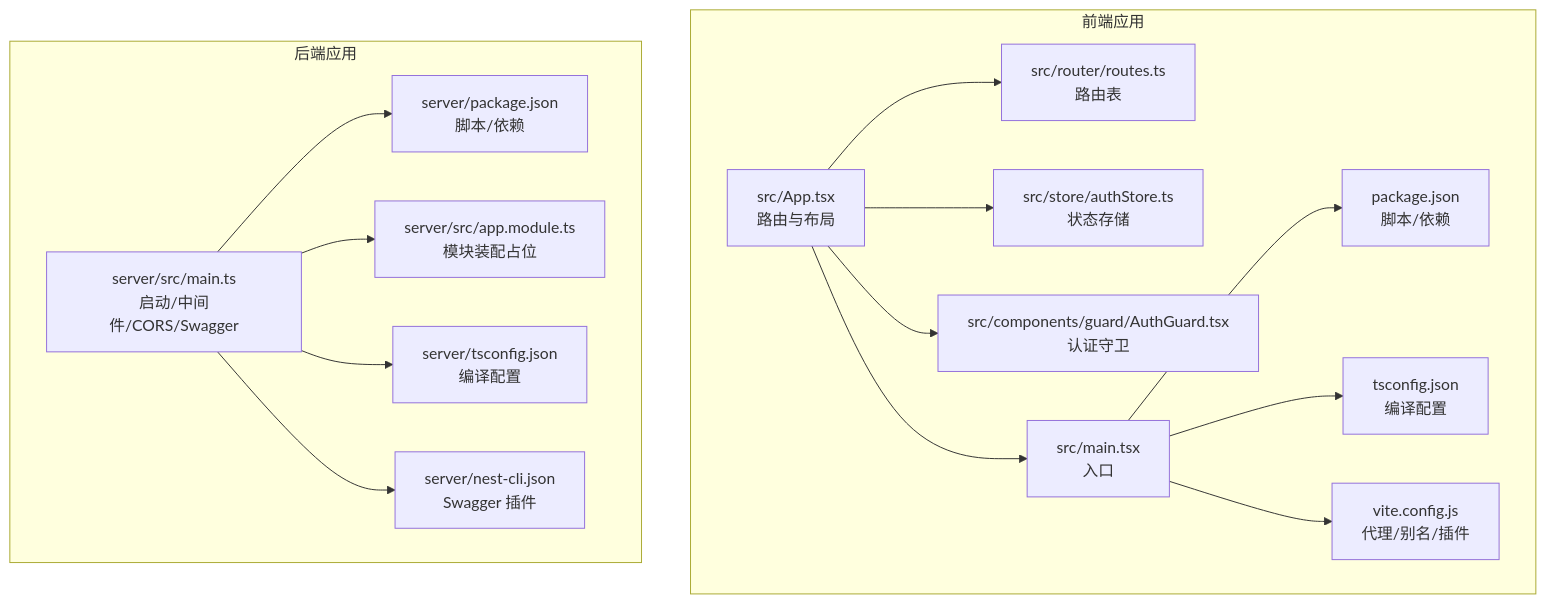
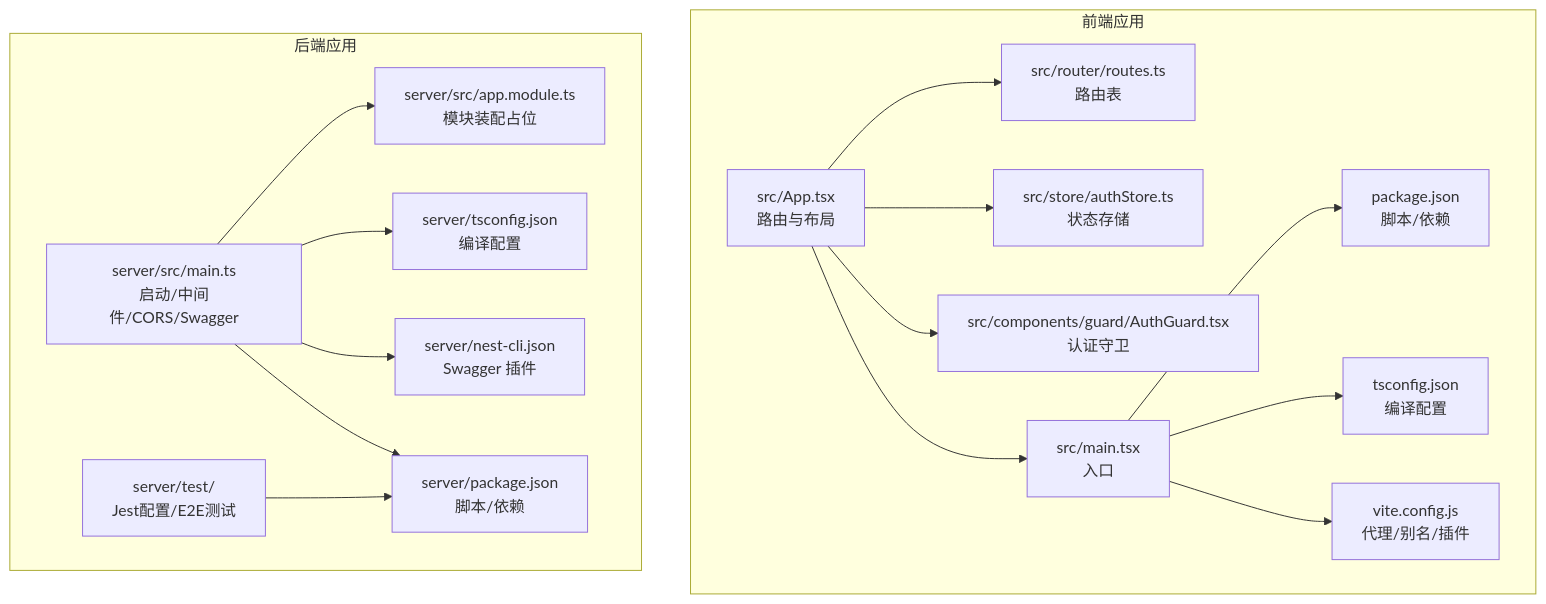
The first of 7 diagrams in .qoder/repowiki/zh/content/开发指南.md (LouisFantansy/Budget_Mgt_Enterprise), drawn with Mermaid before and after one commit. The commit also changed other lines of this file and 10 other files, not shown here.

````diff
--- a/.qoder/repowiki/zh/content/开发指南.md
+++ b/.qoder/repowiki/zh/content/开发指南.md
@@ -42,31 +45,33 @@
 ```mermaid
 graph TB
 subgraph "前端应用"
 FE_PKG["package.json<br/>脚本/依赖"]
 FE_TS["tsconfig.json<br/>编译配置"]
 FE_VITE["vite.config.js<br/>代理/别名/插件"]
 FE_MAIN["src/main.tsx<br/>入口"]
 FE_APP["src/App.tsx<br/>路由与布局"]
 FE_ROUTER["src/router/routes.ts<br/>路由表"]
 FE_STORE["src/store/authStore.ts<br/>状态存储"]
 FE_GUARD["src/components/guard/AuthGuard.tsx<br/>认证守卫"]
 end
 subgraph "后端应用"
 BE_PKG["server/package.json<br/>脚本/依赖"]
 BE_TS["server/tsconfig.json<br/>编译配置"]
 BE_CLI["server/nest-cli.json<br/>Swagger 插件"]
 BE_MAIN["server/src/main.ts<br/>启动/中间件/CORS/Swagger"]
 BE_APP["server/src/app.module.ts<br/>模块装配占位"]
+BE_TEST["server/test/<br/>Jest配置/E2E测试"]
 end
 FE_APP --> FE_ROUTER
 FE_APP --> FE_STORE
 FE_APP --> FE_GUARD
 FE_APP --> FE_MAIN
 FE_MAIN --> FE_TS
 FE_MAIN --> FE_VITE
 FE_MAIN --> FE_PKG
 BE_MAIN --> BE_APP
 BE_MAIN --> BE_TS
 BE_MAIN --> BE_CLI
 BE_MAIN --> BE_PKG
+BE_TEST --> BE_PKG
 ```
````
